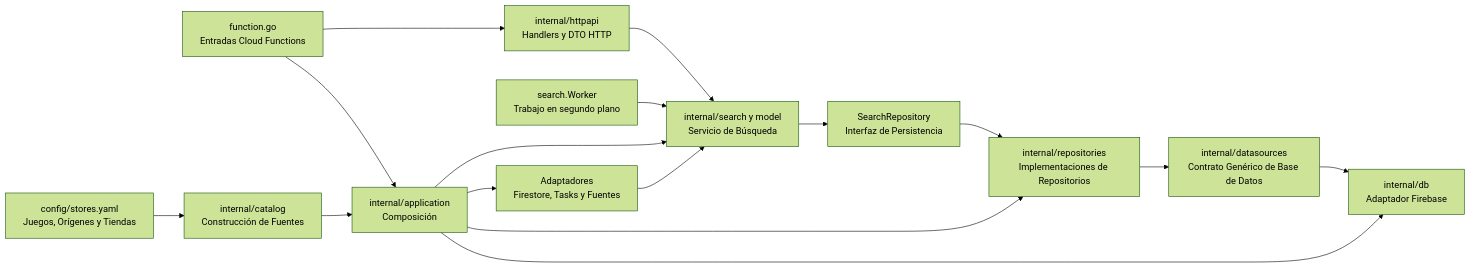
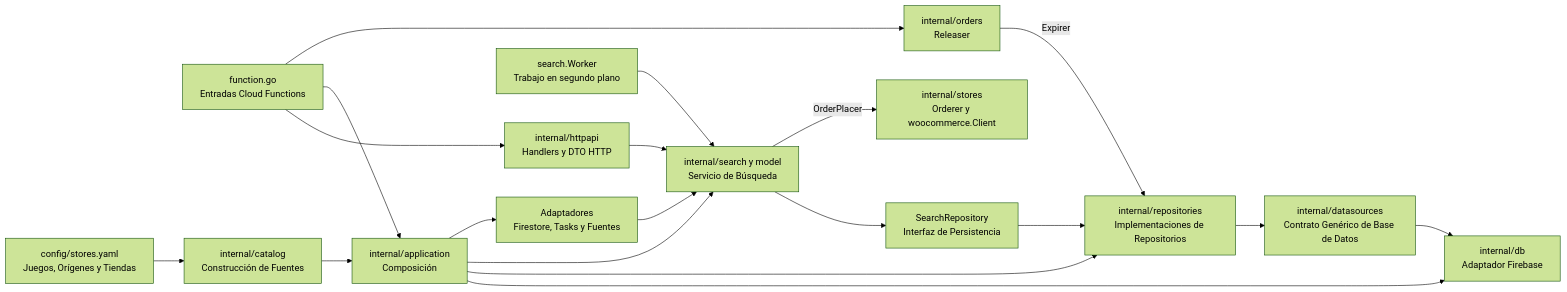
Before and after one commit to metaliaw/muchi: the fourth of 4 diagrams in backend/docs/architecture.es.md, drawn with Mermaid (forest theme). The commit also changed other lines of this file and 1 other file, not shown here.

Commit message:
Draw the purchase flow in the architecture docs

````diff
--- a/backend/docs/architecture.es.md
+++ b/backend/docs/architecture.es.md
@@ -142,31 +203,36 @@
 ```mermaid
 flowchart LR
     function[function.go<br/>Entradas Cloud Functions]
     transport[internal/httpapi<br/>Handlers y DTO HTTP]
     application[internal/application<br/>Composición]
     catalog[internal/catalog<br/>Construcción de Fuentes]
     domain[internal/search y model<br/>Servicio de Búsqueda]
+    orderer[internal/stores<br/>Orderer y woocommerce.Client]
+    releaser[internal/orders<br/>Releaser]
     repository[SearchRepository<br/>Interfaz de Persistencia]
     repositories[internal/repositories<br/>Implementaciones de Repositorios]
     datasources[internal/datasources<br/>Contrato Genérico de Base de Datos]
     database[internal/db<br/>Adaptador Firebase]
     worker[search.Worker<br/>Trabajo en segundo plano]
     config[config/stores.yaml<br/>Juegos, Orígenes y Tiendas]
     adapters[Adaptadores<br/>Firestore, Tasks y Fuentes]
 
     function --> transport
     function --> application
     transport --> domain
     worker --> domain
     domain --> repository
     repository --> repositories
     repositories --> datasources
     datasources --> database
     application --> database
     application --> repositories
     config --> catalog
     catalog --> application
     application --> domain
     application --> adapters
+    domain -->|OrderPlacer| orderer
+    function --> releaser
+    releaser -->|Expirer| repositories
     adapters --> domain
 ```
````
